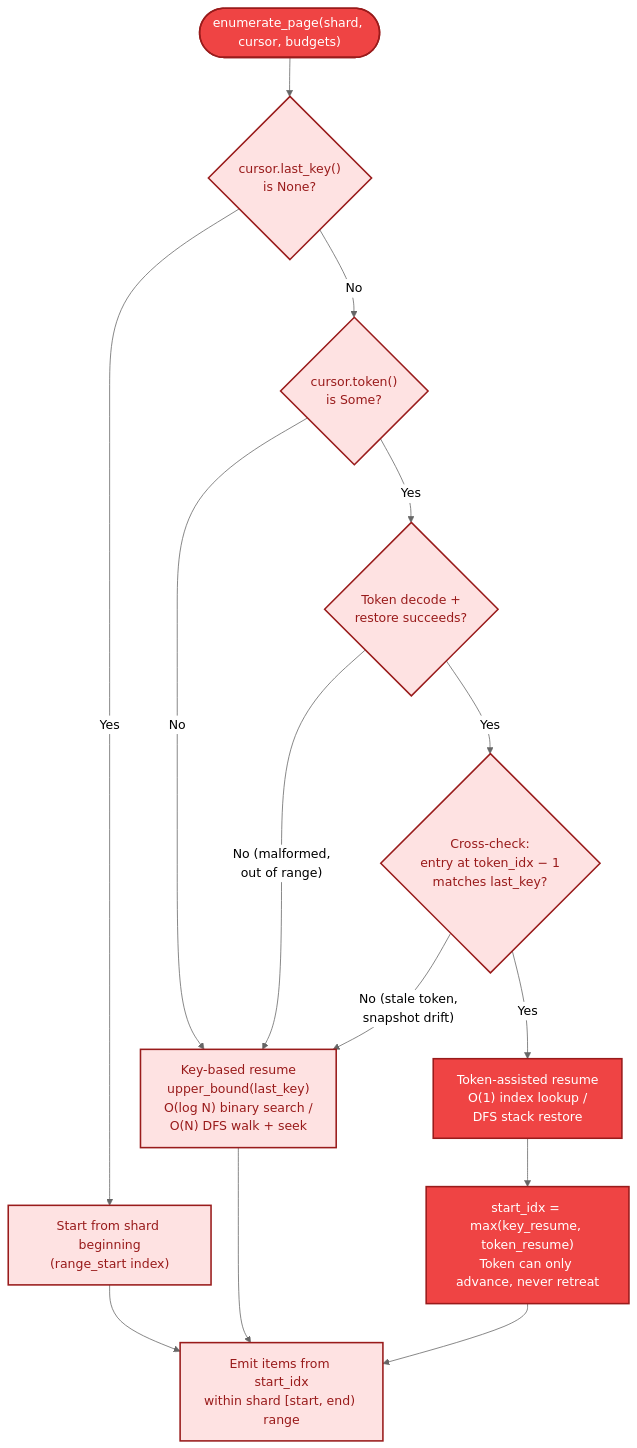
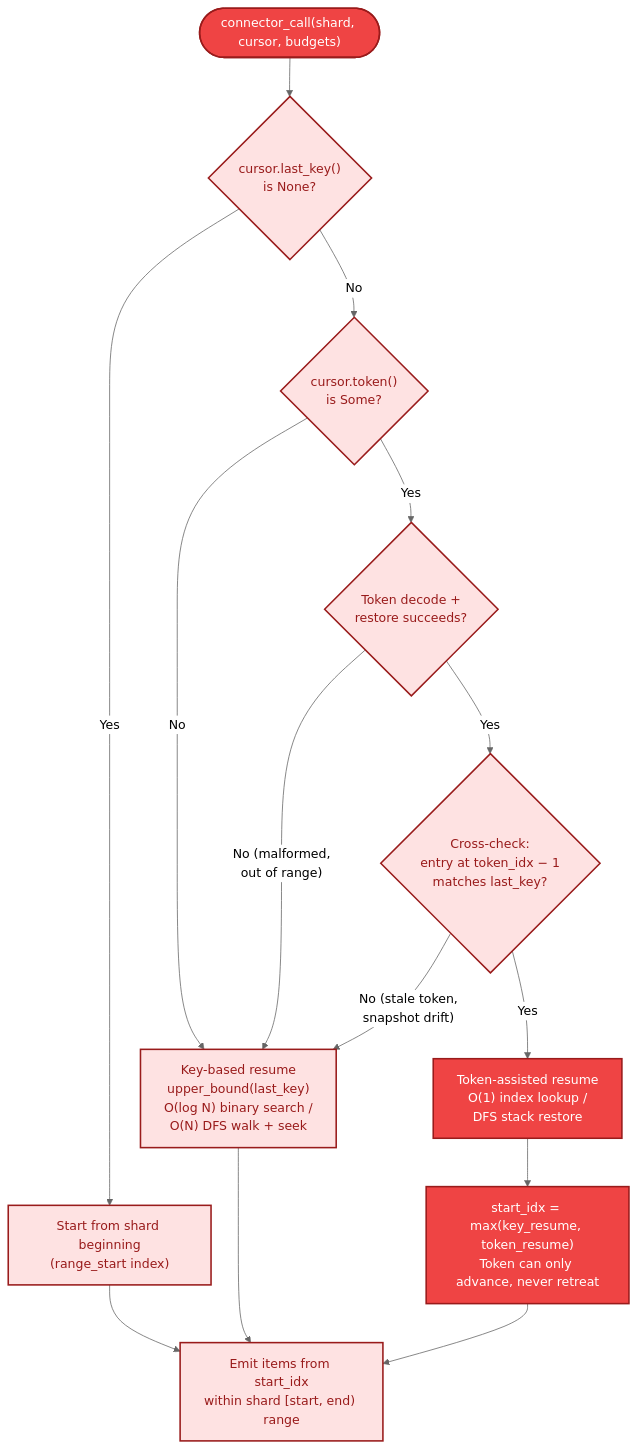
The second of 5 diagrams in diagrams/16-cursor-resume-strategy.md (ahrav/Gossip-rs), drawn with Mermaid (neutral theme) before and after one commit. The commit also changed other lines of this file and 25 other files, not shown here.

First line of the commit message:
Remove conformance harness and page validation from connector contracts

````diff
--- a/diagrams/16-cursor-resume-strategy.md
+++ b/diagrams/16-cursor-resume-strategy.md
@@ -112,42 +112,42 @@
 ```mermaid
 %% Diagram: resume-decision-tree
 flowchart TD
-    START(["enumerate_page(shard, cursor, budgets)"])
+    START(["connector_call(shard, cursor, budgets)"])
     Q1{"cursor.last_key()<br/>is None?"}
     Q2{"cursor.token()<br/>is Some?"}
     Q3{"Token decode +<br/>restore succeeds?"}
     Q4{"Cross-check:<br/>entry at token_idx − 1<br/>matches last_key?"}
 
     A1["Start from shard beginning<br/>(range_start index)"]
     A2["Key-based resume<br/>upper_bound(last_key)<br/>O(log N) binary search /<br/>O(N) DFS walk + seek"]
     A3["Token-assisted resume<br/>O(1) index lookup /<br/>DFS stack restore"]
 
     MERGE["start_idx = max(key_resume, token_resume)<br/>Token can only advance, never retreat"]
     EMIT["Emit items from start_idx<br/>within shard [start, end) range"]
 
     START --> Q1
     Q1 -->|"Yes"| A1
     Q1 -->|"No"| Q2
     Q2 -->|"No"| A2
     Q2 -->|"Yes"| Q3
     Q3 -->|"No (malformed,<br/>out of range)"| A2
     Q3 -->|"Yes"| Q4
     Q4 -->|"No (stale token,<br/>snapshot drift)"| A2
     Q4 -->|"Yes"| A3
 
     A1 --> EMIT
     A2 --> EMIT
     A3 --> MERGE
     MERGE --> EMIT
 
     style START fill:#EF4444,stroke:#991B1B,stroke-width:2px,color:#FFFFFF
     style Q1 fill:#FEE2E2,stroke:#991B1B,stroke-width:2px,color:#991B1B
     style Q2 fill:#FEE2E2,stroke:#991B1B,stroke-width:2px,color:#991B1B
     style Q3 fill:#FEE2E2,stroke:#991B1B,stroke-width:2px,color:#991B1B
     style Q4 fill:#FEE2E2,stroke:#991B1B,stroke-width:2px,color:#991B1B
     style A1 fill:#FEE2E2,stroke:#991B1B,stroke-width:2px,color:#991B1B
     style A2 fill:#FEE2E2,stroke:#991B1B,stroke-width:2px,color:#991B1B
     style A3 fill:#EF4444,stroke:#991B1B,stroke-width:2px,color:#FFFFFF
     style MERGE fill:#EF4444,stroke:#991B1B,stroke-width:2px,color:#FFFFFF
     style EMIT fill:#FEE2E2,stroke:#991B1B,stroke-width:2px,color:#991B1B
 ```
````
